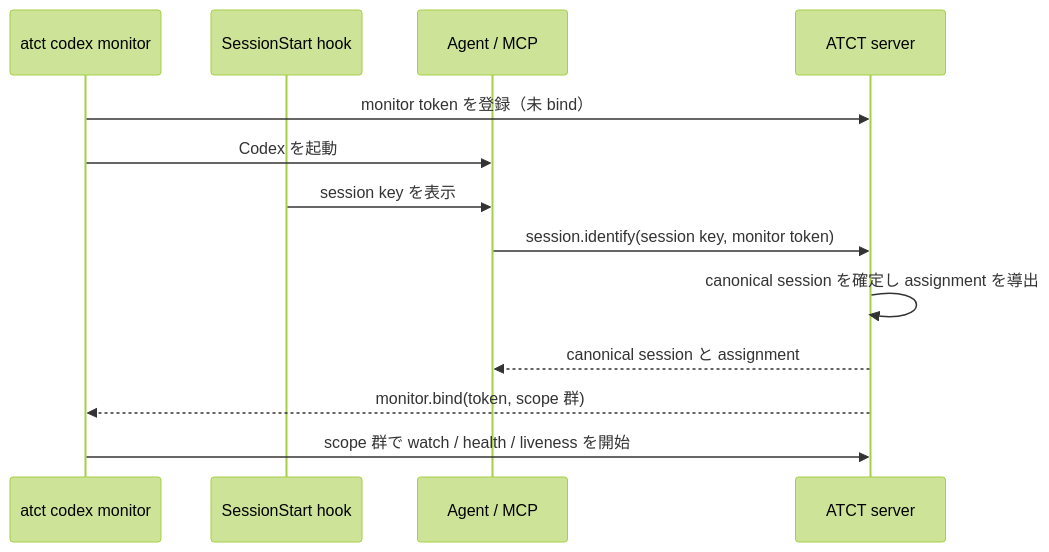
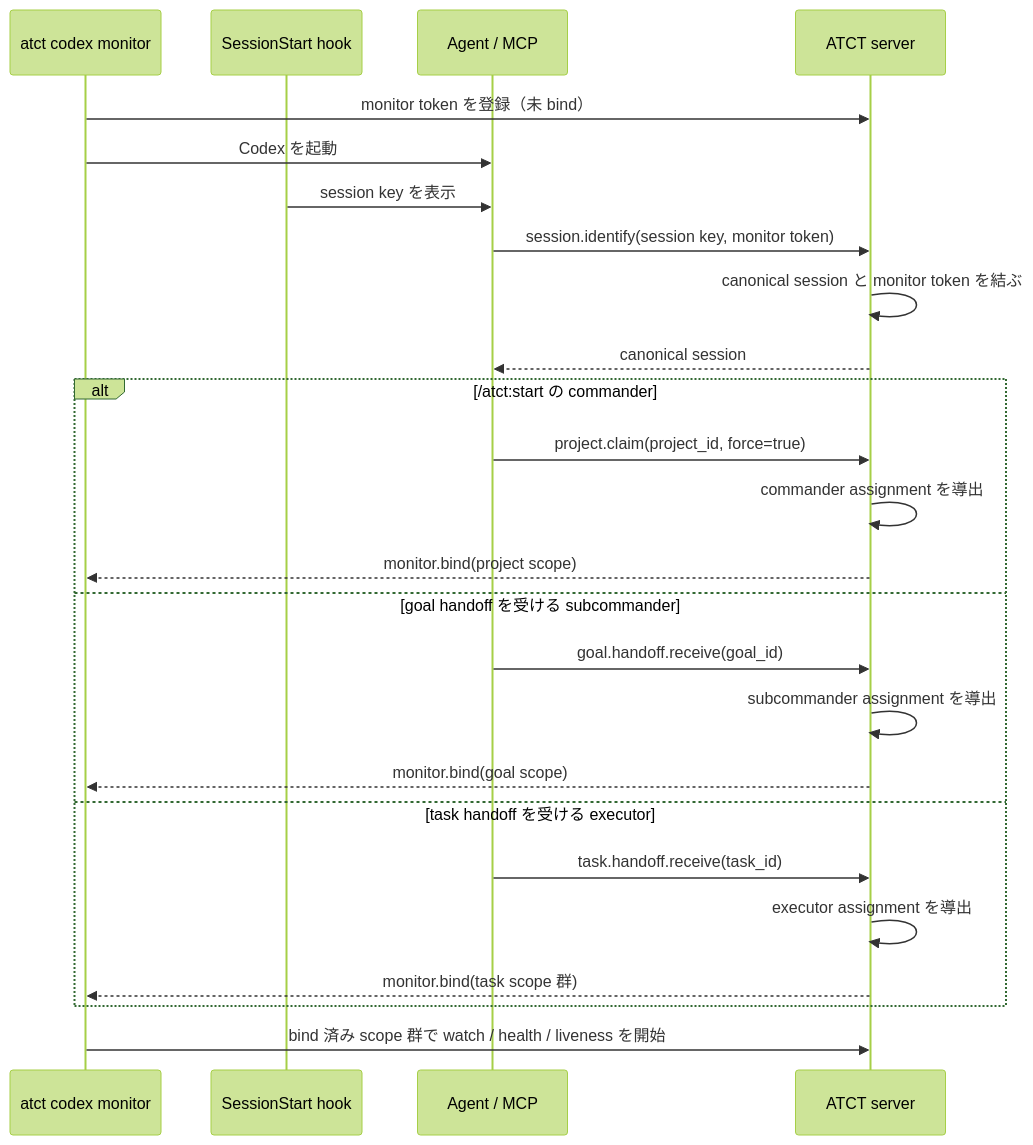
One commit to michiomochi/atct changed the diagram in doc/bootstrap.md. Above: the diagram before and after it, drawn with Mermaid (forest theme). The commit also changed other lines of this file, not shown here.

Commit message:
docs: detail bootstrap assignments

````diff
--- a/doc/bootstrap.md
+++ b/doc/bootstrap.md
@@ -27,16 +27,28 @@
 ```mermaid
 sequenceDiagram
     participant M as atct codex monitor
     participant H as SessionStart hook
     participant A as Agent / MCP
     participant S as ATCT server
 
     M->>S: monitor token を登録（未 bind）
     M->>A: Codex を起動
     H->>A: session key を表示
     A->>S: session.identify(session key, monitor token)
-    S->>S: canonical session を確定し assignment を導出
-    S-->>A: canonical session と assignment
-    S-->>M: monitor.bind(token, scope 群)
-    M->>S: scope 群で watch / health / liveness を開始
+    S->>S: canonical session と monitor token を結ぶ
+    S-->>A: canonical session
+    alt /atct:start の commander
+        A->>S: project.claim(project_id, force=true)
+        S->>S: commander assignment を導出
+        S-->>M: monitor.bind(project scope)
+    else goal handoff を受ける subcommander
+        A->>S: goal.handoff.receive(goal_id)
+        S->>S: subcommander assignment を導出
+        S-->>M: monitor.bind(goal scope)
+    else task handoff を受ける executor
+        A->>S: task.handoff.receive(task_id)
+        S->>S: executor assignment を導出
+        S-->>M: monitor.bind(task scope 群)
+    end
+    M->>S: bind 済み scope 群で watch / health / liveness を開始
 ```
````
